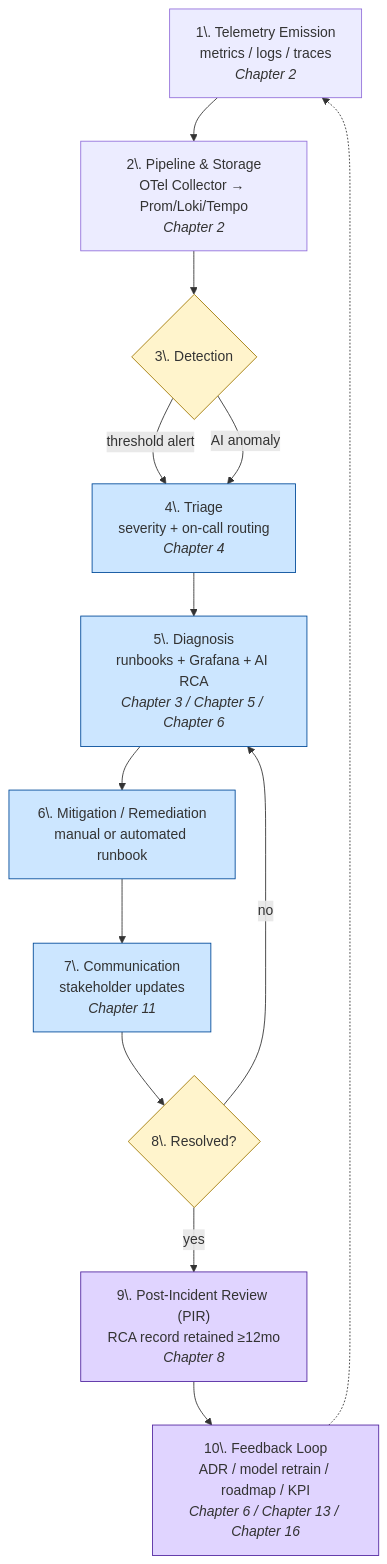
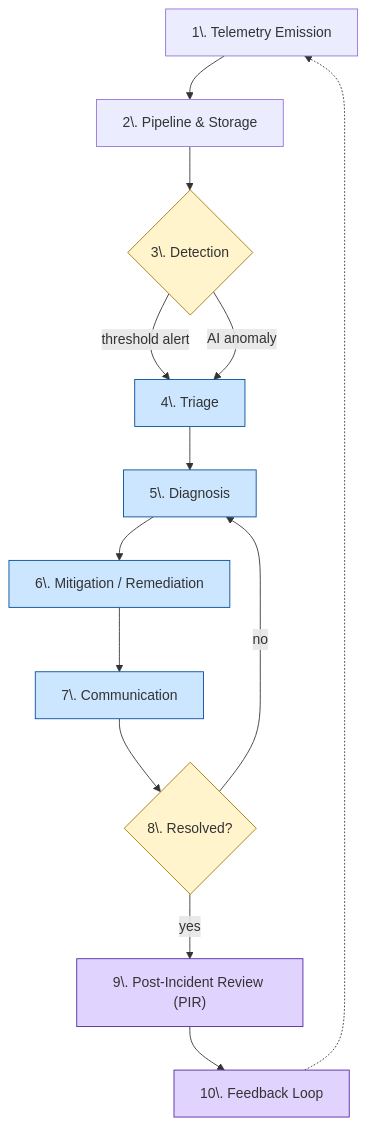
Before and after one commit to anurag-thakur-xceedance/Observability: the first of 2 diagrams in Observability-Strategy/13-incident-response-playbook.md, drawn with Mermaid. The commit also changed other lines of this file and 32 other files, not shown here.

````diff
--- a/Observability-Strategy/13-incident-response-playbook.md
+++ b/Observability-Strategy/13-incident-response-playbook.md
@@ -34,22 +34,22 @@
 ```mermaid
 flowchart TD
-    A["1\. Telemetry Emission<br/>metrics / logs / traces<br/><i>Chapter 2</i>"] --> B["2\. Pipeline & Storage<br/>OTel Collector → Prom/Loki/Tempo<br/><i>Chapter 2</i>"]
+    A["1\. Telemetry Emission"] --> B["2\. Pipeline & Storage"]
     B --> C{"3\. Detection"}
-    C -->|"threshold alert"| D["4\. Triage<br/>severity + on-call routing<br/><i>Chapter 4</i>"]
+    C -->|"threshold alert"| D["4\. Triage"]
     C -->|"AI anomaly"| D
-    D --> E["5\. Diagnosis<br/>runbooks + Grafana + AI RCA<br/><i>Chapter 3 / Chapter 5 / Chapter 6</i>"]
-    E --> F["6\. Mitigation / Remediation<br/>manual or automated runbook"]
-    F --> G["7\. Communication<br/>stakeholder updates<br/><i>Chapter 11</i>"]
+    D --> E["5\. Diagnosis"]
+    E --> F["6\. Mitigation / Remediation"]
+    F --> G["7\. Communication"]
     G --> H{"8\. Resolved?"}
     H -->|"no"| E
-    H -->|"yes"| I["9\. Post-Incident Review (PIR)<br/>RCA record retained ≥12mo<br/><i>Chapter 8</i>"]
-    I --> J["10\. Feedback Loop<br/>ADR / model retrain / roadmap / KPI<br/><i>Chapter 6 / Chapter 13 / Chapter 16</i>"]
+    H -->|"yes"| I["9\. Post-Incident Review (PIR)"]
+    I --> J["10\. Feedback Loop"]
     J -.-> A
 
     classDef detect fill:#fff4cc,stroke:#a07700;
     classDef act fill:#cce6ff,stroke:#004a99;
     classDef review fill:#e0d4ff,stroke:#5226a0;
     class C,H detect;
     class D,E,F,G act;
     class I,J review;
 ```
````
